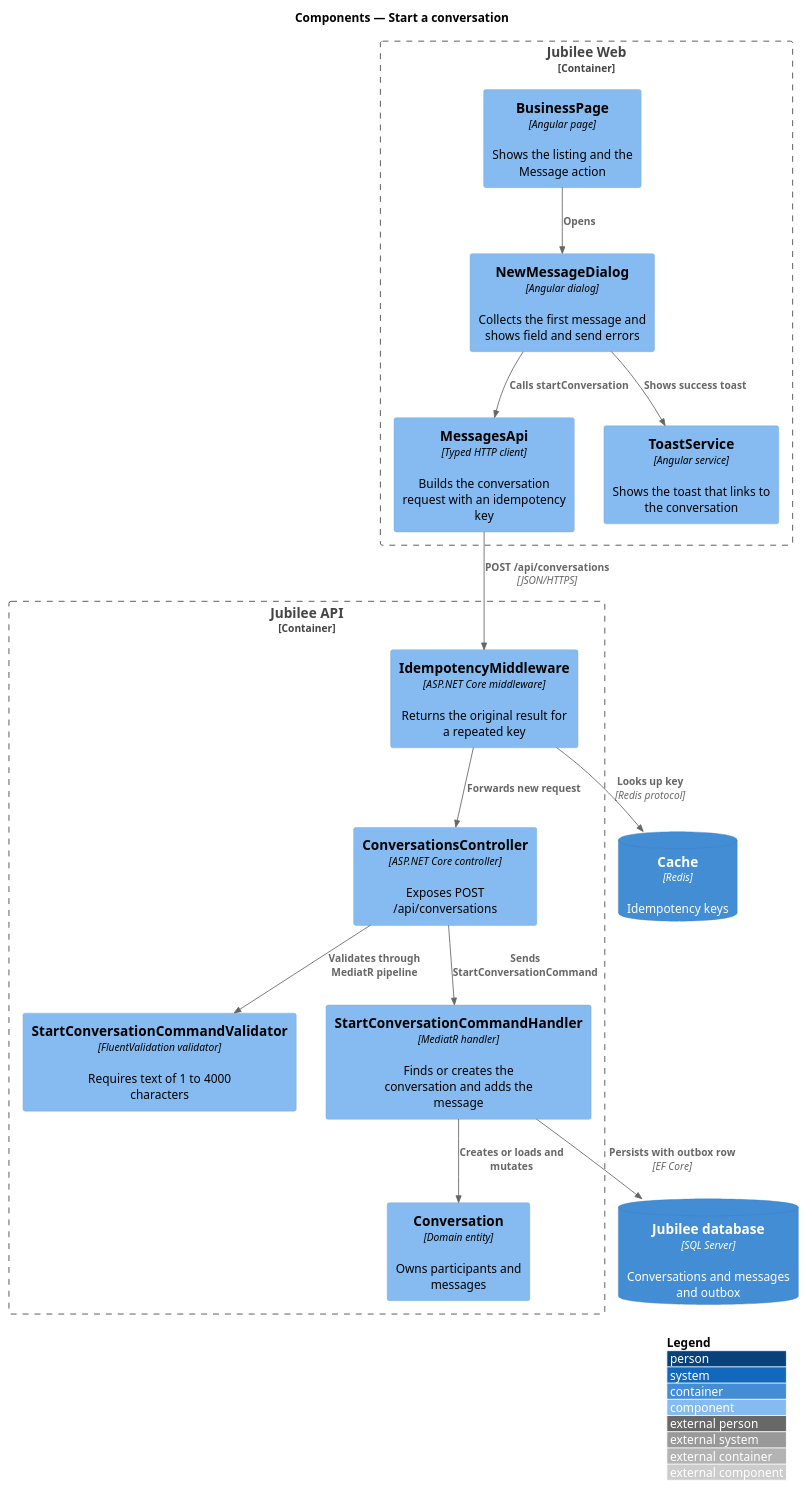
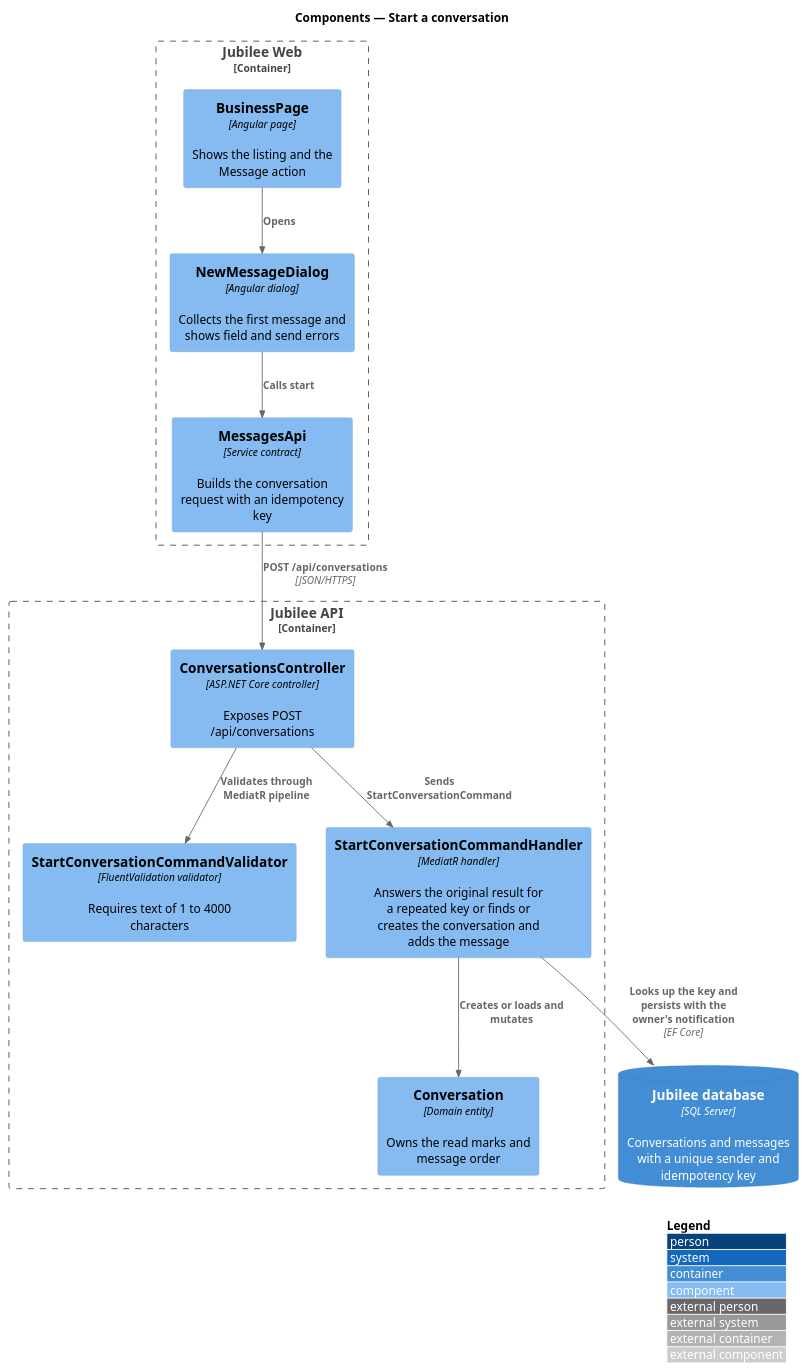
One commit to QuinntyneBrown/jubilee changed the diagram in docs/detailed-designs/messaging/start-conversation/diagrams/c4-component.puml. Above: the diagram before and after it, drawn with PlantUML. The commit also changed 106 other files, not shown here.

```diff
--- a/docs/detailed-designs/messaging/start-conversation/diagrams/c4-component.puml
+++ b/docs/detailed-designs/messaging/start-conversation/diagrams/c4-component.puml
@@ -1,32 +1,26 @@
 @startuml
 !include <C4/C4_Component>
 LAYOUT_WITH_LEGEND()
 title Components — Start a conversation
 
 Container_Boundary(web, "Jubilee Web") {
   Component(page, "BusinessPage", "Angular page", "Shows the listing and the Message action")
   Component(dialog, "NewMessageDialog", "Angular dialog", "Collects the first message and shows field and send errors")
-  Component(client, "MessagesApi", "Typed HTTP client", "Builds the conversation request with an idempotency key")
-  Component(toast, "ToastService", "Angular service", "Shows the toast that links to the conversation")
+  Component(client, "MessagesApi", "Service contract", "Builds the conversation request with an idempotency key")
 }
 Container_Boundary(api, "Jubilee API") {
-  Component(idem, "IdempotencyMiddleware", "ASP.NET Core middleware", "Returns the original result for a repeated key")
   Component(ctrl, "ConversationsController", "ASP.NET Core controller", "Exposes POST /api/conversations")
   Component(validator, "StartConversationCommandValidator", "FluentValidation validator", "Requires text of 1 to 4000 characters")
-  Component(handler, "StartConversationCommandHandler", "MediatR handler", "Finds or creates the conversation and adds the message")
-  Component(conv, "Conversation", "Domain entity", "Owns participants and messages")
+  Component(handler, "StartConversationCommandHandler", "MediatR handler", "Answers the original result for a repeated key or finds or creates the conversation and adds the message")
+  Component(conv, "Conversation", "Domain entity", "Owns the read marks and message order")
 }
-ContainerDb(db, "Jubilee database", "SQL Server", "Conversations and messages and outbox")
-ContainerDb(cache, "Cache", "Redis", "Idempotency keys")
+ContainerDb(db, "Jubilee database", "SQL Server", "Conversations and messages with a unique sender and idempotency key")
 
 Rel(page, dialog, "Opens")
-Rel(dialog, client, "Calls startConversation")
-Rel(dialog, toast, "Shows success toast")
-Rel(client, idem, "POST /api/conversations", "JSON/HTTPS")
-Rel(idem, cache, "Looks up key", "Redis protocol")
-Rel(idem, ctrl, "Forwards new request")
+Rel(dialog, client, "Calls start")
+Rel(client, ctrl, "POST /api/conversations", "JSON/HTTPS")
 Rel(ctrl, validator, "Validates through MediatR pipeline")
 Rel(ctrl, handler, "Sends StartConversationCommand")
 Rel(handler, conv, "Creates or loads and mutates")
-Rel(handler, db, "Persists with outbox row", "EF Core")
+Rel(handler, db, "Looks up the key and persists with the owner's notification", "EF Core")
 @enduml
```
